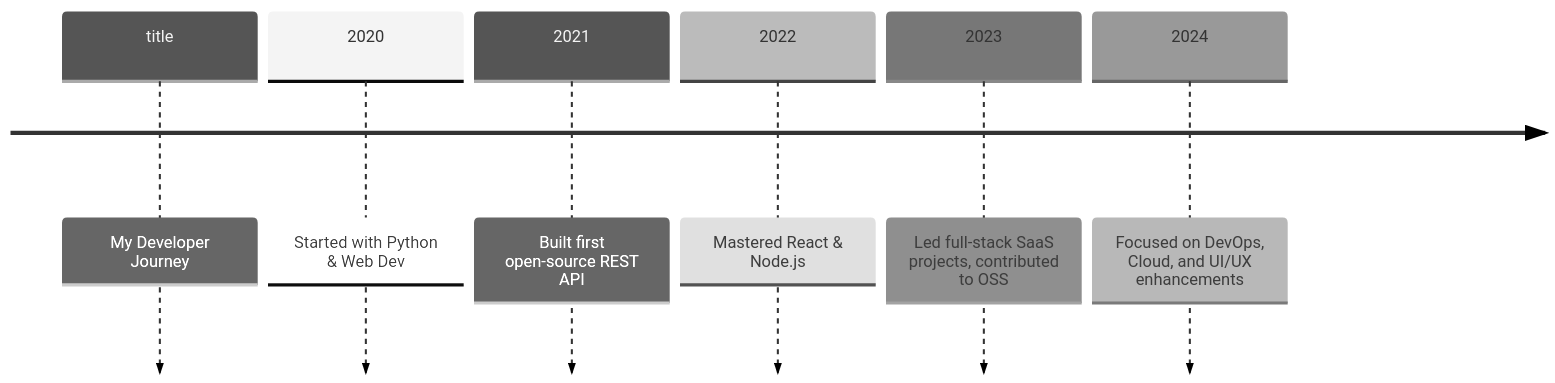
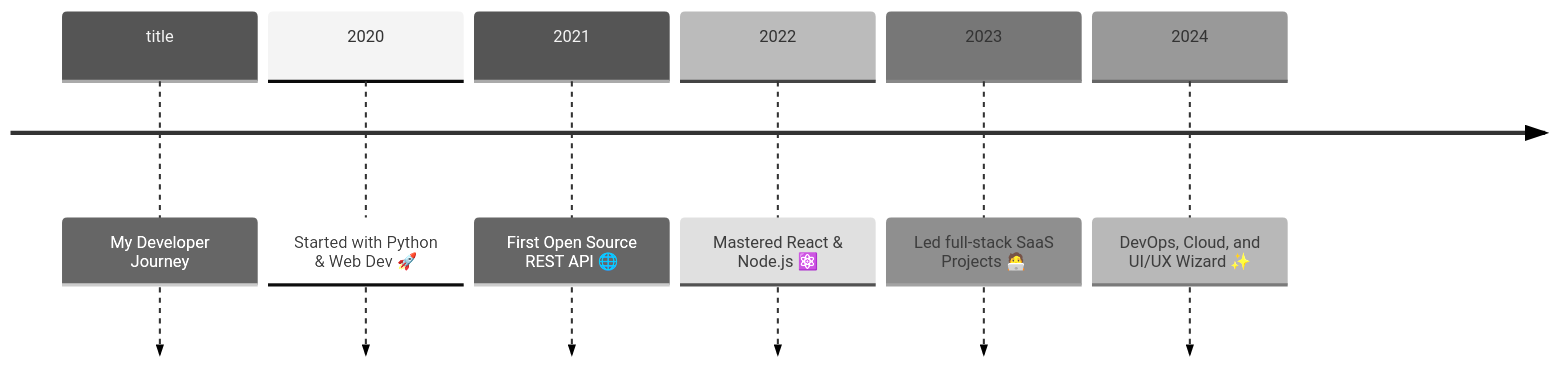
One commit to Prakash-codeMaker/Prakash-codeMaker changed the diagram in README.md. Above: the diagram before and after it, drawn with Mermaid (neutral theme). The commit also changed other lines of this file, not shown here.

````diff
--- a/README.md
+++ b/README.md
@@ -31,9 +60,9 @@
-```mermaid
-timeline
-    title: My Developer Journey
-    2020 : Started with Python & Web Dev
-    2021 : Built first open-source REST API
-    2022 : Mastered React & Node.js
-    2023 : Led full-stack SaaS projects, contributed to OSS
-    2024 : Focused on DevOps, Cloud, and UI/UX enhancements
-```
+  ```mermaid
+  timeline
+      title: My Developer Journey
+      2020 : Started with Python & Web Dev 🚀
+      2021 : First Open Source REST API 🌐
+      2022 : Mastered React & Node.js ⚛️
+      2023 : Led full-stack SaaS Projects 🧑‍💻
+      2024 : DevOps, Cloud, and UI/UX Wizard ✨
+  ```
````
